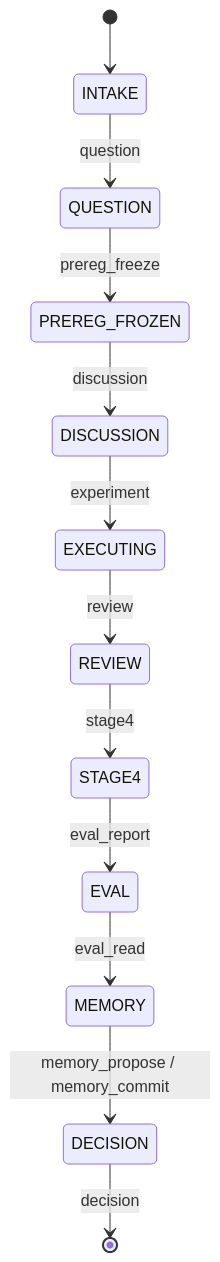
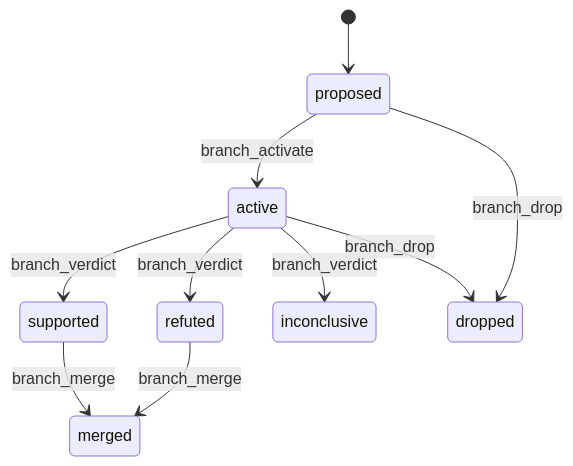
Before and after one commit to ZCasual/dsh-praxis-rsi: the second of 2 diagrams in README.md, drawn with Mermaid. The commit also changed other lines of this file and 43 other files, not shown here.

First line of the commit message:
feat!: v4 rewrite — team research cockpit replaces the flow canvas

````diff
--- a/README.md
+++ b/README.md
@@ -49,14 +85,12 @@
 ```mermaid
 stateDiagram-v2
-  [*] --> INTAKE
-  INTAKE --> QUESTION: question
-  QUESTION --> PREREG_FROZEN: prereg_freeze
-  PREREG_FROZEN --> DISCUSSION: discussion
-  DISCUSSION --> EXECUTING: experiment
-  EXECUTING --> REVIEW: review
-  REVIEW --> STAGE4: stage4
-  STAGE4 --> EVAL: eval_report
-  EVAL --> MEMORY: eval_read
-  MEMORY --> DECISION: memory_propose / memory_commit
-  DECISION --> [*]: decision
+  [*] --> proposed
+  proposed --> active: branch_activate
+  active --> supported: branch_verdict
+  active --> refuted: branch_verdict
+  active --> inconclusive: branch_verdict
+  supported --> merged: branch_merge
+  refuted --> merged: branch_merge
+  active --> dropped: branch_drop
+  proposed --> dropped: branch_drop
 ```
````
